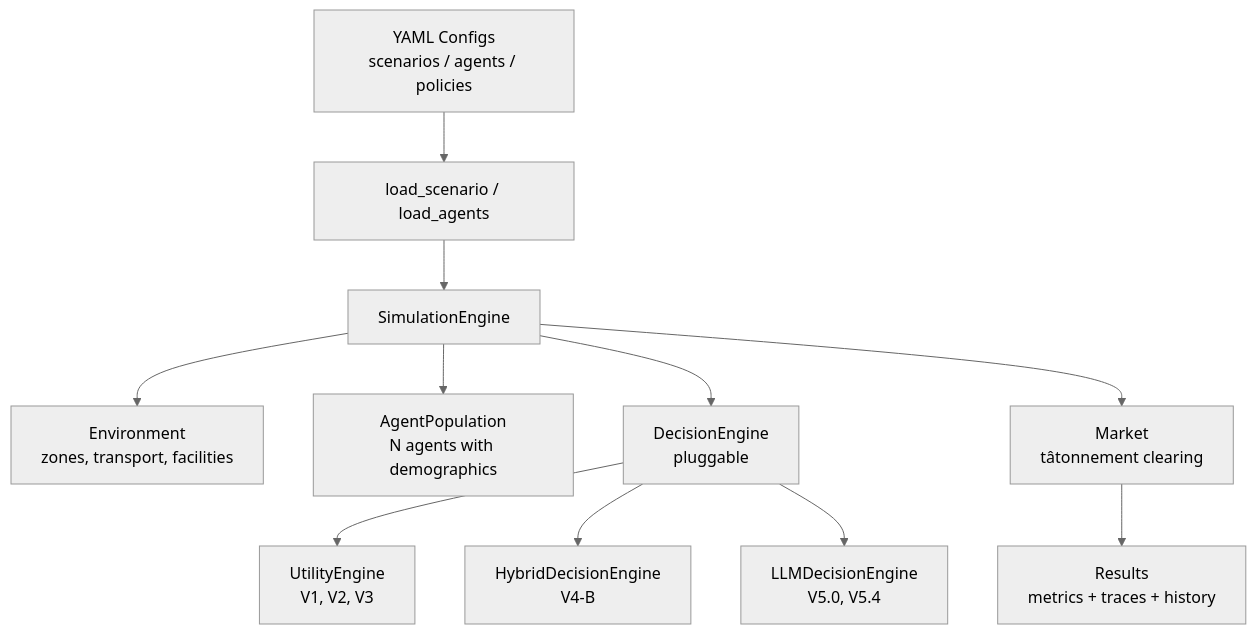
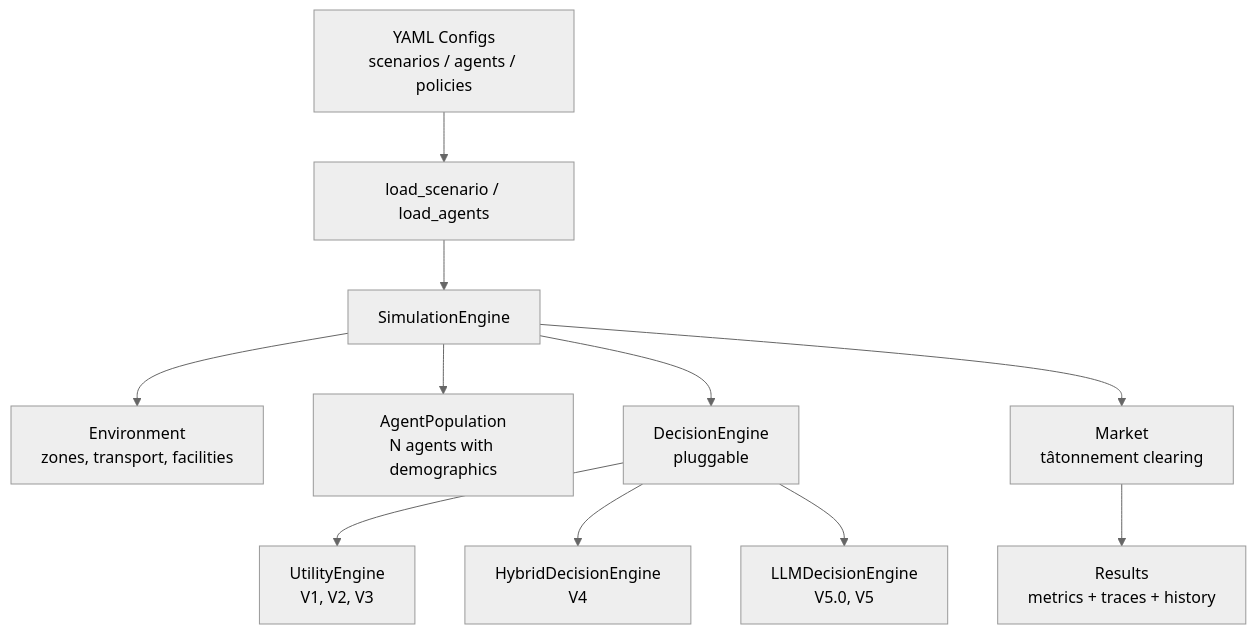
The first of 2 diagrams in docs/concepts/architecture.md (MASE-eLab/agent-urban-planning), drawn with Mermaid (neutral theme) before and after one commit. The commit also changed other lines of this file and 31 other files, not shown here.

````diff
--- a/docs/concepts/architecture.md
+++ b/docs/concepts/architecture.md
@@ -6,13 +6,13 @@
 ```{mermaid}
 flowchart TB
     Config[YAML Configs<br/>scenarios / agents / policies] --> Loader[load_scenario / load_agents]
     Loader --> Sim[SimulationEngine]
     Sim --> Env[Environment<br/>zones, transport, facilities]
     Sim --> Pop[AgentPopulation<br/>N agents with demographics]
     Sim --> Engine[DecisionEngine<br/>pluggable]
     Engine --> Util[UtilityEngine<br/>V1, V2, V3]
-    Engine --> Hybrid[HybridDecisionEngine<br/>V4-B]
-    Engine --> LLM[LLMDecisionEngine<br/>V5.0, V5.4]
+    Engine --> Hybrid[HybridDecisionEngine<br/>V4]
+    Engine --> LLM[LLMDecisionEngine<br/>V5.0, V5]
     Sim --> Market[Market<br/>tâtonnement clearing]
     Market --> Results[Results<br/>metrics + traces + history]
 ```
````
